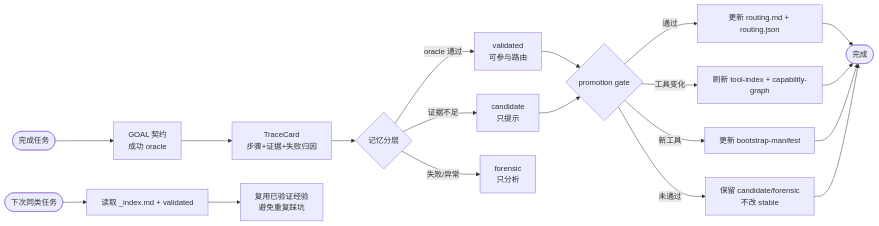
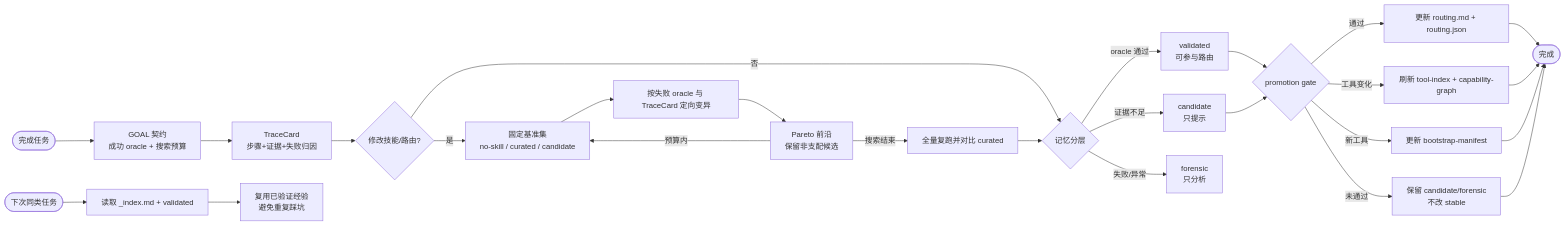
The fifth of 7 diagrams in ARCHITECTURE.md (2233admin/reverse-skill-evolver), drawn with Mermaid before and after one commit. The commit also changed other lines of this file and 40 other files, not shown here.

````diff
--- a/ARCHITECTURE.md
+++ b/ARCHITECTURE.md
@@ -167,21 +167,28 @@
 ```mermaid
 flowchart LR
-    Task([完成任务]) --> Goal[GOAL 契约<br/>成功 oracle]
+    Task([完成任务]) --> Goal[GOAL 契约<br/>成功 oracle + 搜索预算]
     Goal --> Trace[TraceCard<br/>步骤+证据+失败归因]
-    Trace --> Tier{记忆分层}
+    Trace --> Search{修改技能/路由?}
+    Search -->|否| Tier{记忆分层}
+    Search -->|是| Eval[固定基准集<br/>no-skill / curated / candidate]
+    Eval --> Reflect[按失败 oracle 与 TraceCard 定向变异]
+    Reflect --> Frontier[Pareto 前沿<br/>保留非支配候选]
+    Frontier -->|预算内| Eval
+    Frontier -->|搜索结束| Verify[全量复跑并对比 curated]
+    Verify --> Tier
     Tier -->|oracle 通过| Validated[validated<br/>可参与路由]
     Tier -->|证据不足| Candidate[candidate<br/>只提示]
     Tier -->|失败/异常| Forensic[forensic<br/>只分析]
     Validated --> Gate{promotion gate}
     Candidate --> Gate
     
     Gate -->|通过| FixRoute[更新 routing.md + routing.json]
     Gate -->|工具变化| FixTool[刷新 tool-index + capability-graph]
     Gate -->|新工具| FixManifest[更新 bootstrap-manifest]
     Gate -->|未通过| Hold[保留 candidate/forensic<br/>不改 stable]
     
     FixRoute & FixTool & FixManifest & Hold --> Done([完成])
 
     NewTask([下次同类任务]) --> ReadIdx[读取 _index.md + validated]
     ReadIdx --> Reuse[复用已验证经验<br/>避免重复踩坑]
 ```
````
